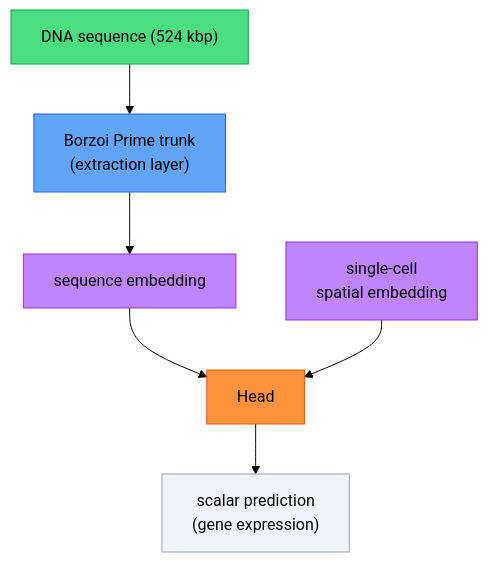
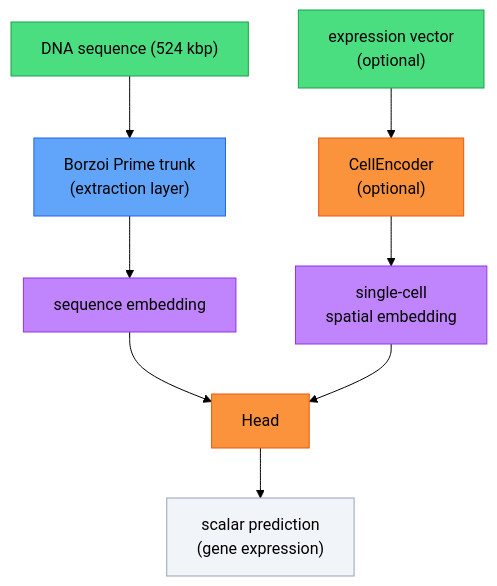
Before and after one commit to LukasVermeire/Laika: the diagram in README.md, drawn with Mermaid (forest theme). The commit also changed other lines of this file and 4 other files, not shown here.

````diff
--- a/README.md
+++ b/README.md
@@ -14,20 +14,24 @@
 ```mermaid
 flowchart TD
     A["DNA sequence (524 kbp)"] --> B["Borzoi Prime trunk<br>(extraction layer)"]
     B --> C["sequence embedding"]
     C --> D["Head"]
     E["single-cell<br>spatial embedding"] --> D
+    EX["expression vector<br>(optional)"] --> ENC["CellEncoder<br>(optional)"] --> E
     D --> F["scalar prediction<br>(gene expression)"]
 
     classDef dna     fill:#4ade80,stroke:#16a34a,color:#000
     classDef trunk   fill:#60a5fa,stroke:#2563eb,color:#000
     classDef emb     fill:#c084fc,stroke:#9333ea,color:#000
     classDef head    fill:#fb923c,stroke:#ea580c,color:#000
+    classDef enc     fill:#fb923c,stroke:#ea580c,color:#000
     classDef out     fill:#f1f5f9,stroke:#94a3b8,color:#000
 
     class A dna
     class B trunk
     class C,E emb
+    class EX dna
+    class ENC enc
     class D head
     class F out
 ```
````
